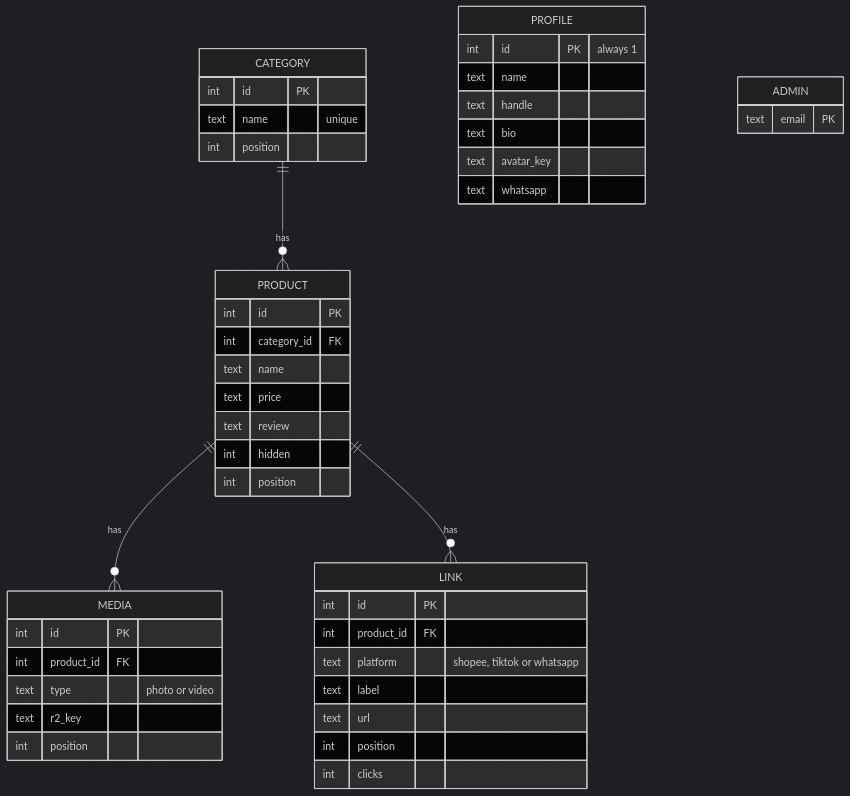
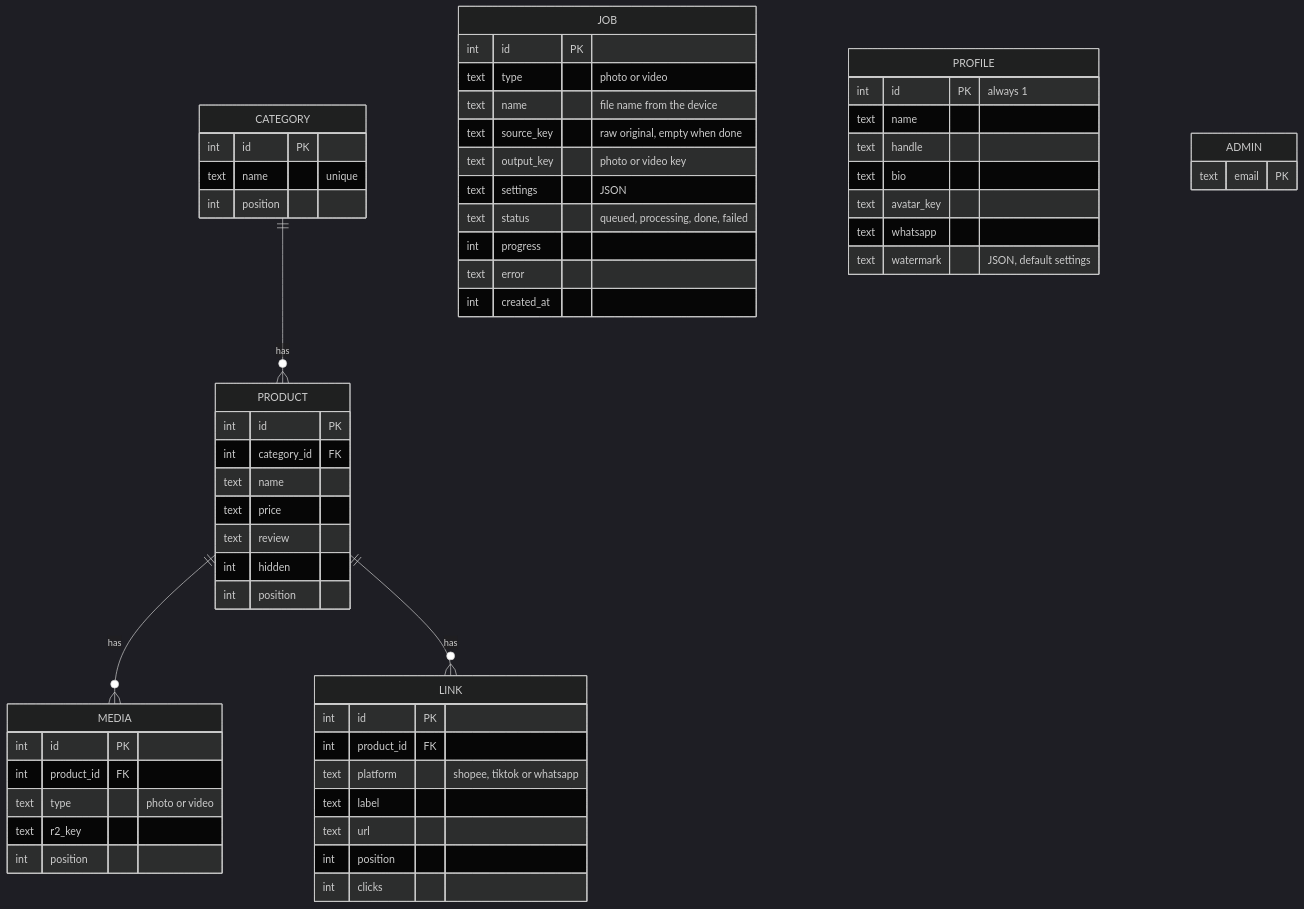
Before and after one commit to amirulhakiim/pqacam: the third of 4 diagrams in docs/PRD.md, drawn with Mermaid (dark theme). The commit also changed other lines of this file and 5 other files, not shown here.

````diff
--- a/docs/PRD.md
+++ b/docs/PRD.md
@@ -150,47 +162,60 @@
 ```mermaid
 erDiagram
     CATEGORY ||--o{ PRODUCT : has
     PRODUCT ||--o{ MEDIA : has
     PRODUCT ||--o{ LINK : has
+    JOB {
+        int id PK
+        text type "photo or video"
+        text name "file name from the device"
+        text source_key "raw original, empty when done"
+        text output_key "photo or video key"
+        text settings "JSON"
+        text status "queued, processing, done, failed"
+        int progress
+        text error
+        int created_at
+    }
     PROFILE {
         int id PK "always 1"
         text name
         text handle
         text bio
         text avatar_key
         text whatsapp
+        text watermark "JSON, default settings"
     }
     CATEGORY {
         int id PK
         text name "unique"
         int position
     }
     PRODUCT {
         int id PK
         int category_id FK
         text name
         text price
         text review
         int hidden
         int position
     }
     LINK {
         int id PK
         int product_id FK
         text platform "shopee, tiktok or whatsapp"
         text label
         text url
         int position
         int clicks
     }
     MEDIA {
         int id PK
         int product_id FK
         text type "photo or video"
         text r2_key
         int position
     }
     ADMIN {
         text email PK
     }
 ```
````
